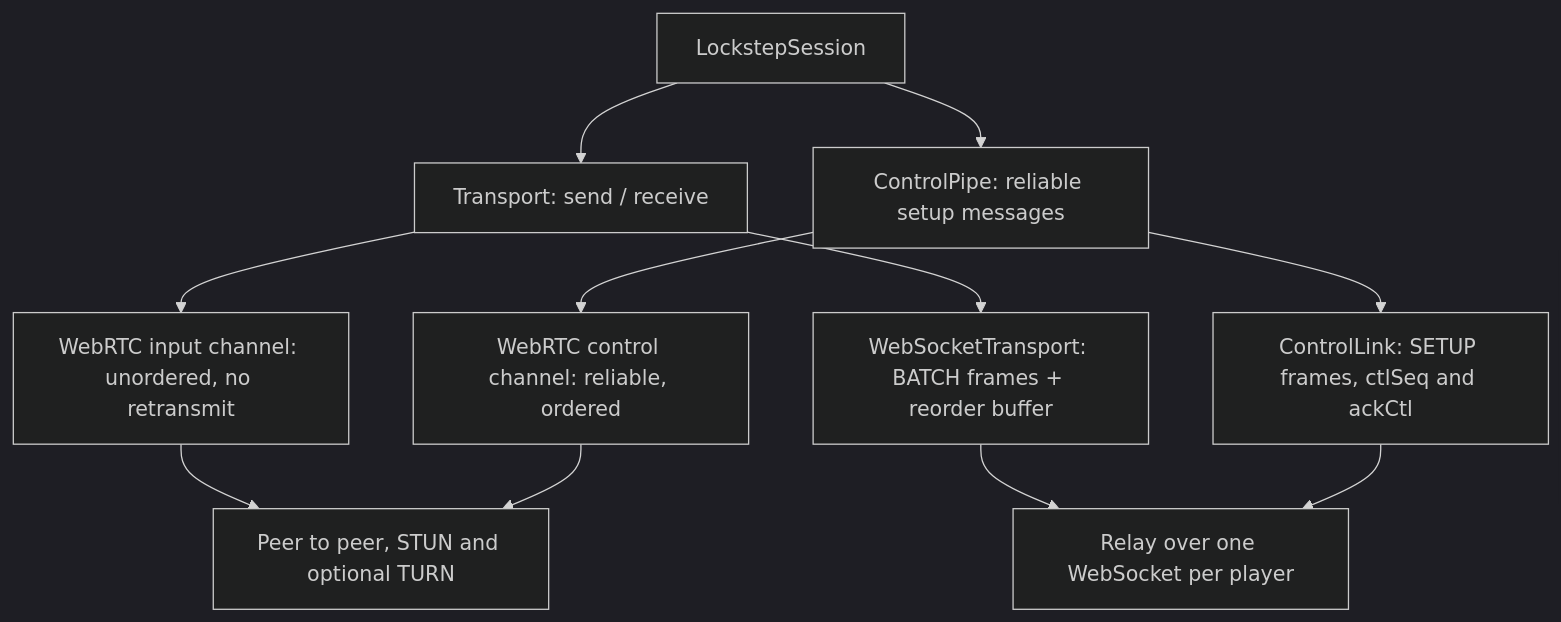
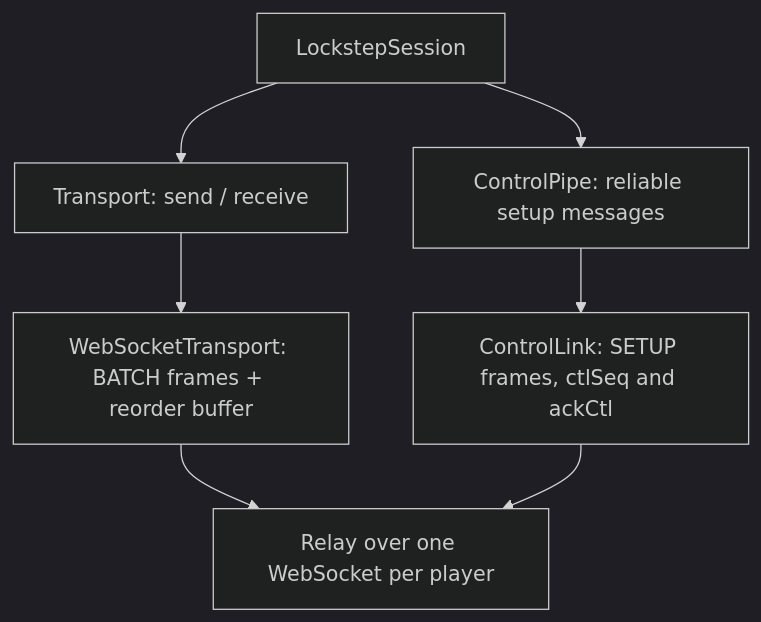
Before and after one commit to hchan/tamingTheElements: the fifth of 23 diagrams in docs/MULTIPLAYER-DESIGN.md, drawn with Mermaid (dark theme). The commit also changed other lines of this file and 77 other files, not shown here.

First line of the commit message:
Remove WebRTC online path and tools/signal-relay (webrtc-removal)

````diff
--- a/docs/MULTIPLAYER-DESIGN.md
+++ b/docs/MULTIPLAYER-DESIGN.md
@@ -140,13 +138,9 @@
 ```mermaid
 flowchart TD
   SES["LockstepSession"] --> IF["Transport: send / receive"]
   SES --> CP["ControlPipe: reliable setup messages"]
-  IF --> A1["WebRTC input channel: unordered, no retransmit"]
-  CP --> A2["WebRTC control channel: reliable, ordered"]
   IF --> B1["WebSocketTransport: BATCH frames + reorder buffer"]
   CP --> B2["ControlLink: SETUP frames, ctlSeq and ackCtl"]
-  A1 --> P2P["Peer to peer, STUN and optional TURN"]
-  A2 --> P2P
   B1 --> RLY["Relay over one WebSocket per player"]
   B2 --> RLY
 ```
````
